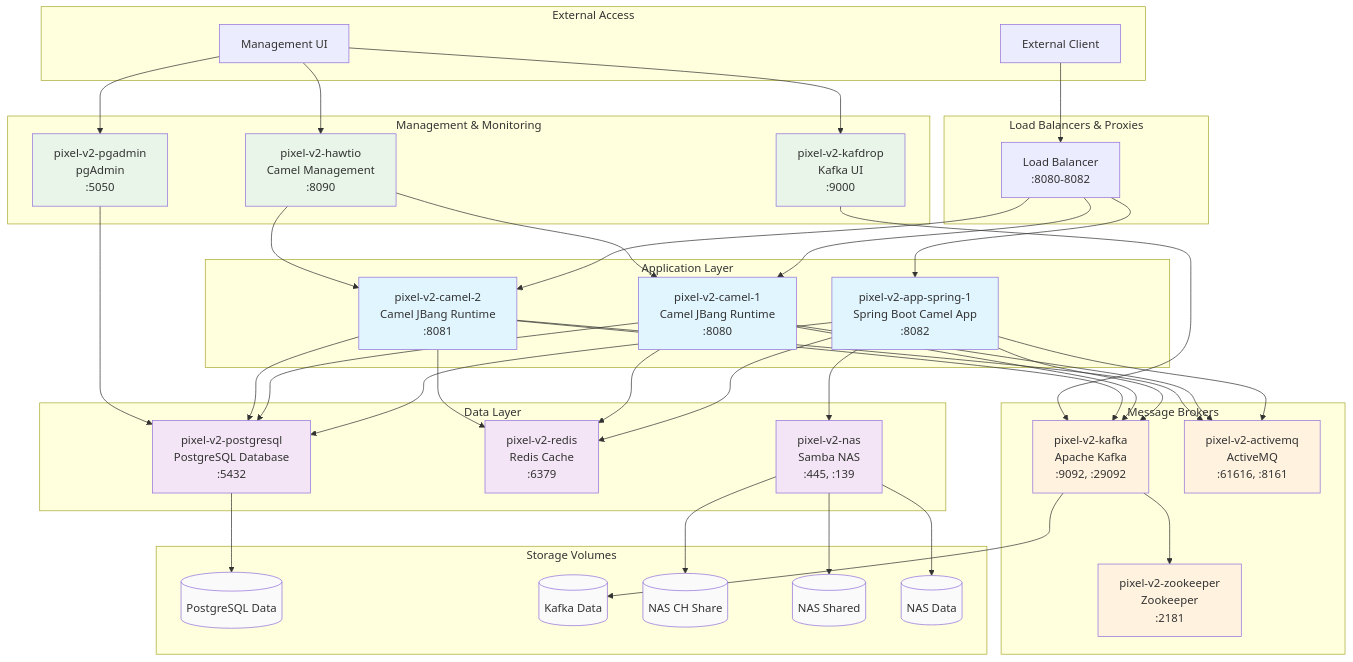
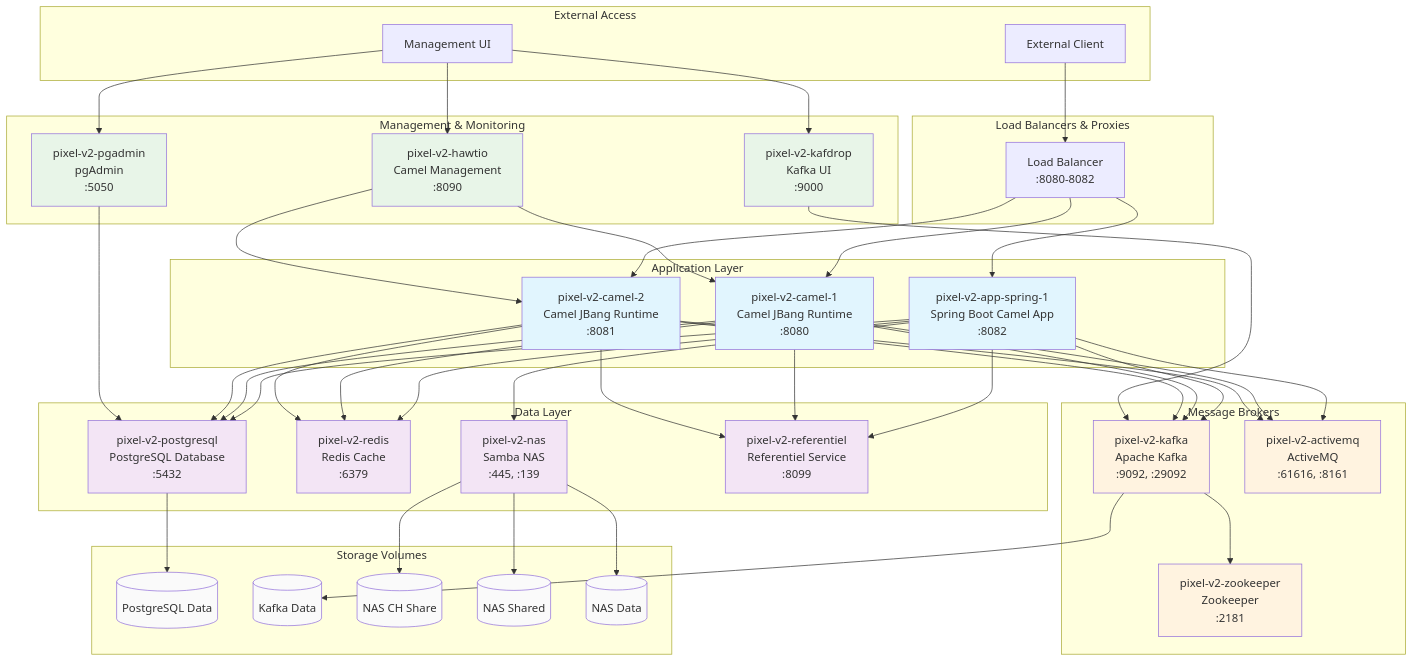
One commit to nasreddine1985/pixel-v2 changed the diagram in docker/README.md. Above: the diagram before and after it, drawn with Mermaid. The commit also changed other lines of this file and 3 other files, not shown here.

```diff
--- a/docker/README.md
+++ b/docker/README.md
@@ -33,6 +33,7 @@
         POSTGRES[pixel-v2-postgresql<br/>PostgreSQL Database<br/>:5432]
         REDIS[pixel-v2-redis<br/>Redis Cache<br/>:6379]
         NAS[pixel-v2-nas<br/>Samba NAS<br/>:445, :139]
+        REFERENTIEL[pixel-v2-referentiel<br/>Referentiel Service<br/>:8099]
     end
 
     subgraph "Management & Monitoring"
@@ -66,16 +67,19 @@
     APP1 --> AMQ
     APP1 --> KAFKA
     APP1 --> NAS
+    APP1 --> REFERENTIEL
 
     CAMEL1 --> POSTGRES
     CAMEL1 --> REDIS
     CAMEL1 --> AMQ
     CAMEL1 --> KAFKA
+    CAMEL1 --> REFERENTIEL
 
     CAMEL2 --> POSTGRES
     CAMEL2 --> REDIS
     CAMEL2 --> AMQ
     CAMEL2 --> KAFKA
+    CAMEL2 --> REFERENTIEL
 
     %% Message broker dependencies
     KAFKA --> ZOO
@@ -101,7 +105,7 @@
     classDef volumeLayer fill:#fafafa
 
     class APP1,CAMEL1,CAMEL2 appLayer
-    class POSTGRES,REDIS,NAS dataLayer
+    class POSTGRES,REDIS,NAS,REFERENTIEL dataLayer
     class KAFKA,AMQ,ZOO brokerLayer
     class PGADMIN,KAFDROP,HAWTIO mgmtLayer
     class VOL_PG,VOL_KAFKA,VOL_NAS_CH,VOL_NAS_SHARED,VOL_NAS_DATA volumeLayer
```
